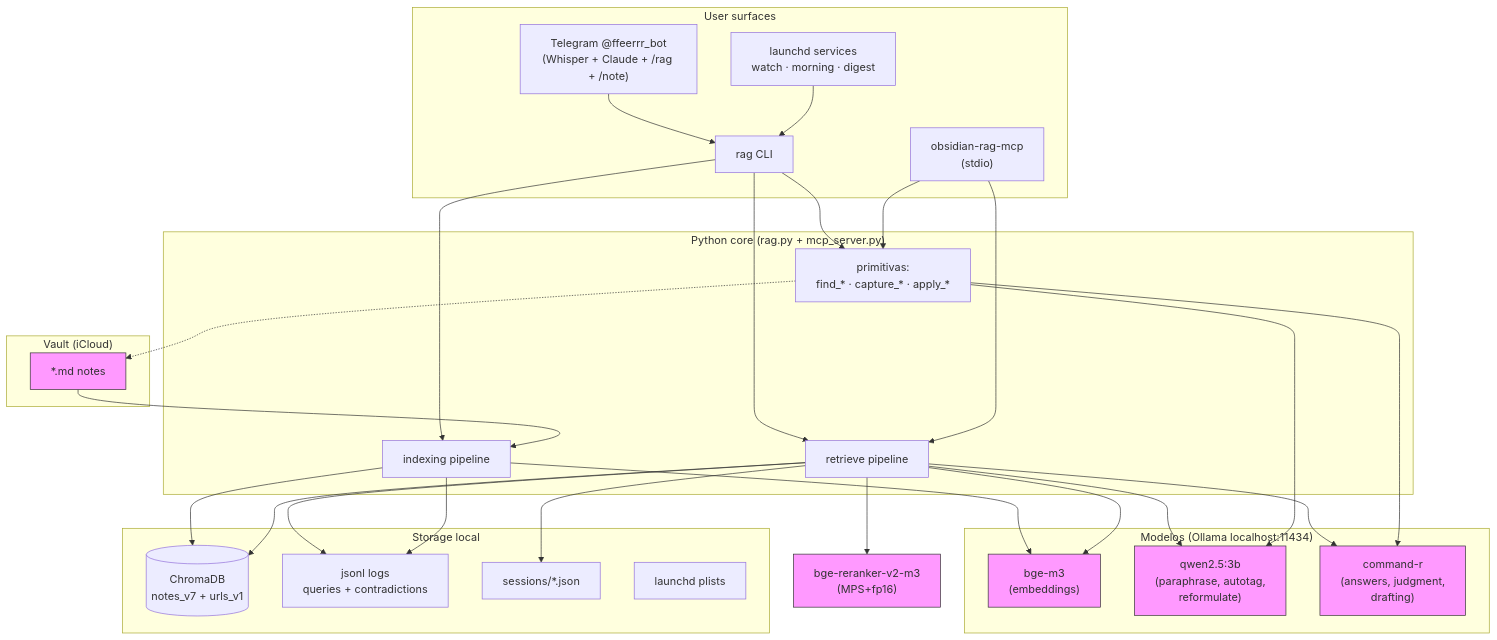
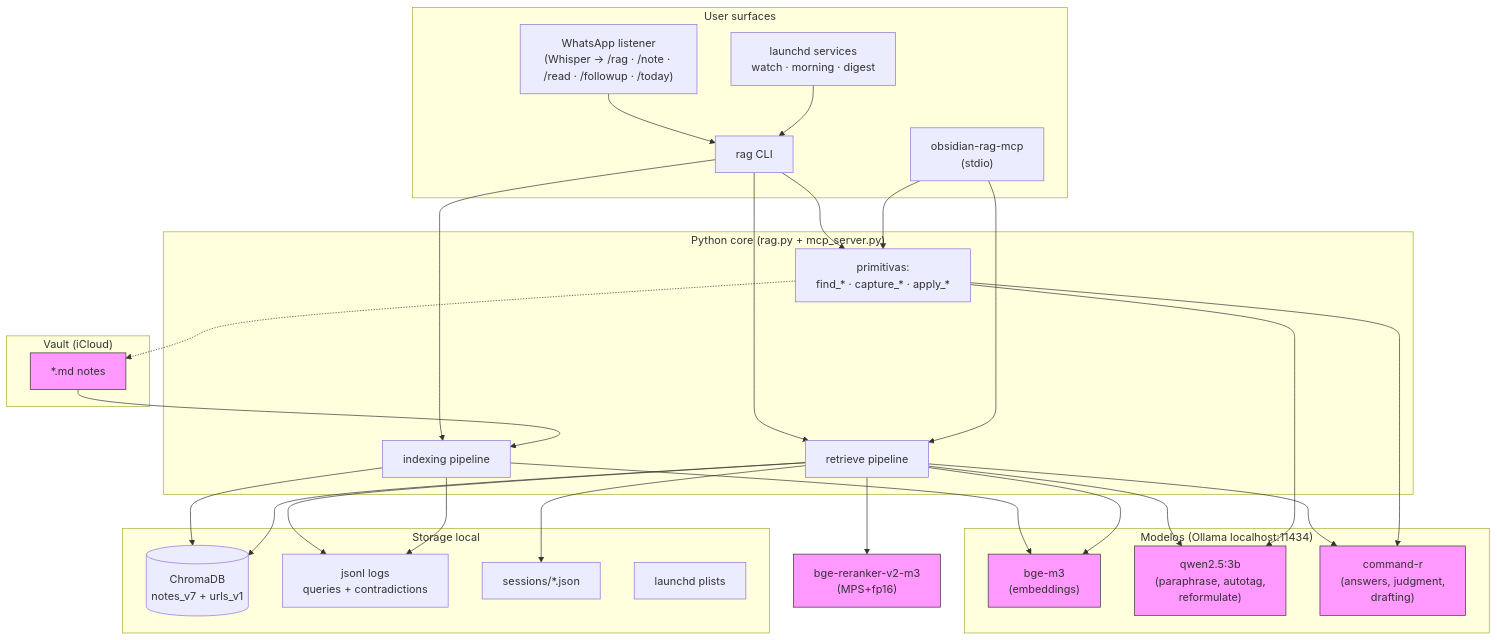
The first of 13 diagrams in docs/SYSTEM.md (jagoff/rag-obsidian), drawn with Mermaid before and after one commit. The commit also changed other lines of this file and 8 other files, not shown here.

First line of the commit message:
docs: reflejar migración Telegram → WhatsApp

````diff
--- a/docs/SYSTEM.md
+++ b/docs/SYSTEM.md
@@ -67,54 +67,54 @@
 ```mermaid
 graph TB
     subgraph "User surfaces"
         CLI[rag CLI]
         MCP["obsidian-rag-mcp<br/>(stdio)"]
-        TG["Telegram @ffeerrr_bot<br/>(Whisper + Claude + /rag + /note)"]
+        WA["WhatsApp listener<br/>(Whisper → /rag · /note · /read · /followup · /today)"]
         LAUNCHD["launchd services<br/>watch · morning · digest"]
     end
 
     subgraph "Python core (rag.py + mcp_server.py)"
         Retrieve[retrieve pipeline]
         Index[indexing pipeline]
         Prims["primitivas:<br/>find_* · capture_* · apply_*"]
     end
 
     subgraph "Storage local"
         Chroma[("ChromaDB<br/>notes_v7 + urls_v1")]
         JSONL["jsonl logs<br/>queries + contradictions"]
         Sess["sessions/*.json"]
         Plists["launchd plists"]
     end
 
     subgraph "Modelos (Ollama localhost:11434)"
         Embed["bge-m3<br/>(embeddings)"]
         Helper["qwen2.5:3b<br/>(paraphrase, autotag,<br/>reformulate)"]
         Chat["command-r<br/>(answers, judgment,<br/>drafting)"]
     end
 
     Reranker["bge-reranker-v2-m3<br/>(MPS+fp16)"]
 
     subgraph "Vault (iCloud)"
         Notes["*.md notes"]
     end
 
     CLI --> Retrieve & Index & Prims
     MCP --> Retrieve & Prims
-    TG --> CLI
+    WA --> CLI
     LAUNCHD --> CLI
 
     Index --> Embed
     Index --> Chroma
     Retrieve --> Embed & Helper & Chat & Reranker
     Retrieve --> Chroma
     Prims --> Chat & Helper
 
     Retrieve --> Sess & JSONL
     Index --> JSONL
 
     Notes --> Index
     Prims -.-> Notes
 
     classDef external fill:#f9f,stroke:#333
     class Notes,Embed,Helper,Chat,Reranker external
 ```
````
